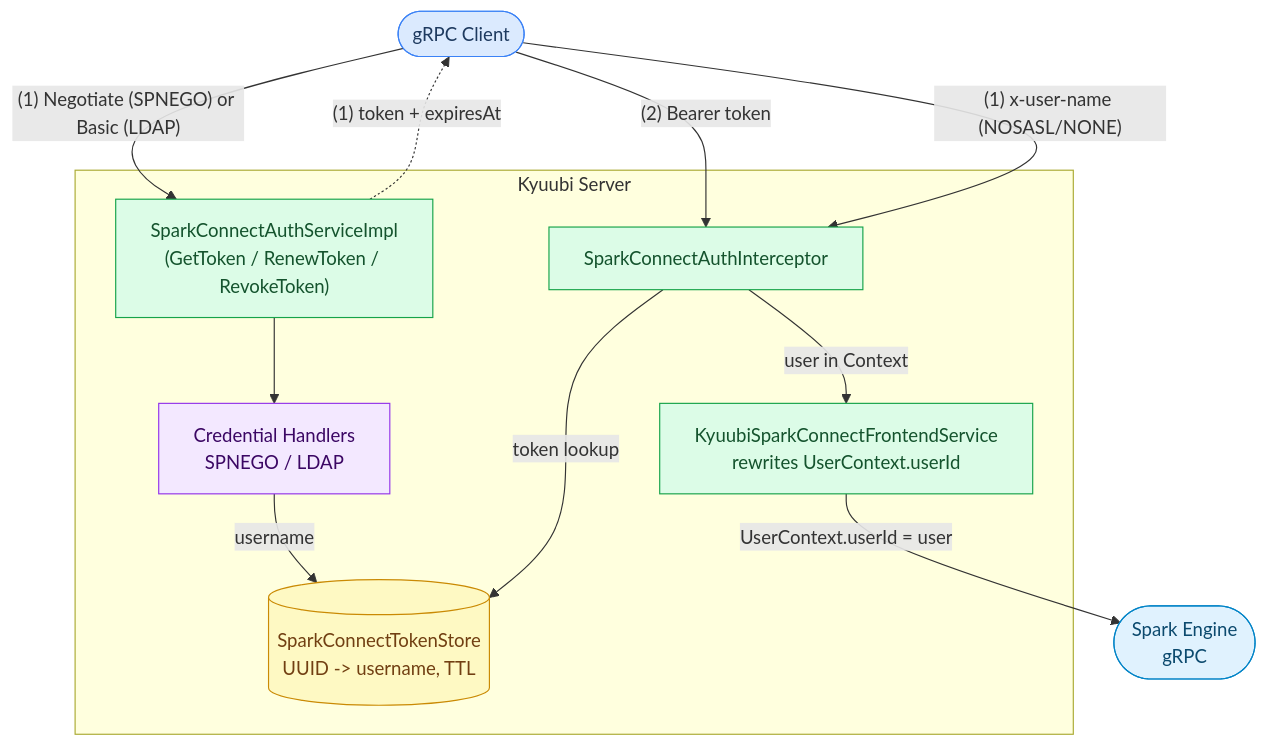
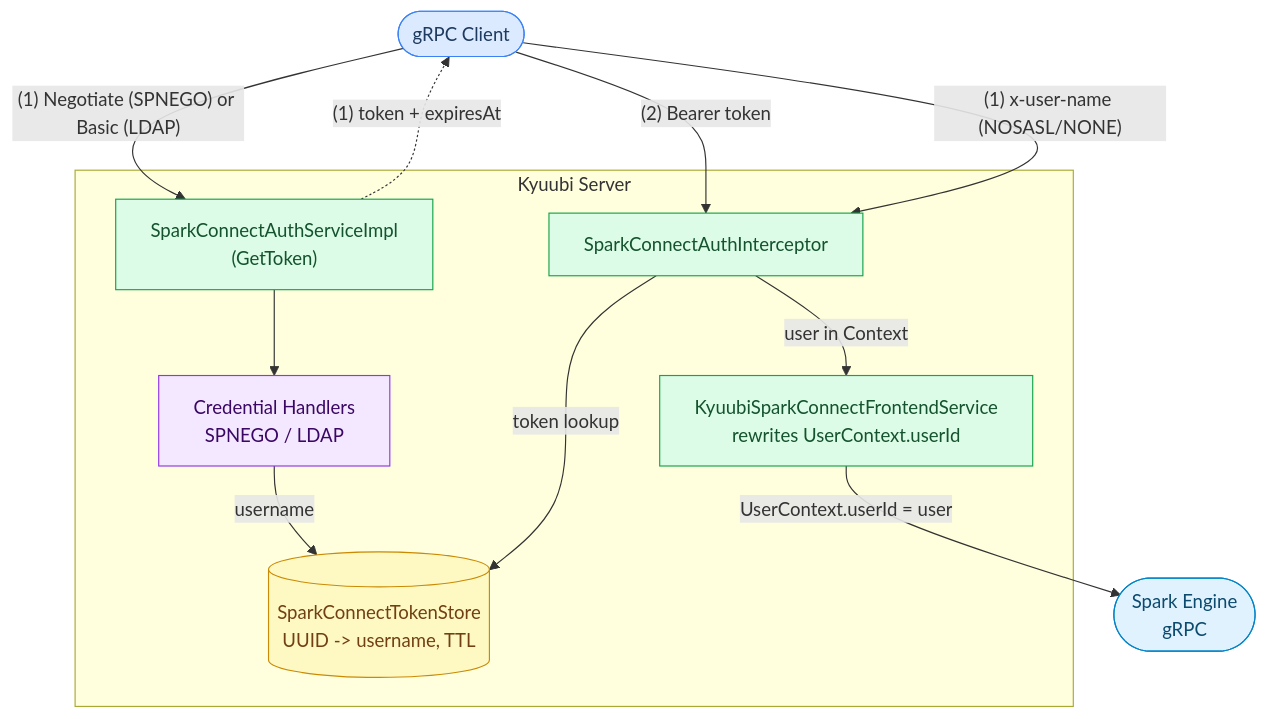
One commit to arenadata/kyuubi changed the diagram in docs/spark_connect/spark_connect_auth_flow.mmd. Above: the diagram before and after it, drawn with Mermaid.

Commit message:
ADH-4718: fixed spark_connect_auth_flow.mmd

```diff
--- a/docs/spark_connect/spark_connect_auth_flow.mmd
+++ b/docs/spark_connect/spark_connect_auth_flow.mmd
@@ -1,40 +1,40 @@
 flowchart TB
     Client(["gRPC Client"])
 
     subgraph KyuubiServer["Kyuubi Server"]
-        TokenService["SparkConnectAuthServiceImpl<br>(GetToken / RenewToken / RevokeToken)"]
+        TokenService["SparkConnectAuthServiceImpl<br>(GetToken)"]
         CredHandlers["Credential Handlers<br>SPNEGO / LDAP"]
         TokenStore[("SparkConnectTokenStore<br>UUID -> username, TTL")]
         Interceptor["SparkConnectAuthInterceptor"]
         Proxy["KyuubiSparkConnectFrontendService<br>rewrites UserContext.userId"]
     end
 
     Engine(["Spark Engine<br>gRPC"])
 
     Client -- "(1) Negotiate (SPNEGO) or Basic (LDAP)" --> TokenService
     TokenService --> CredHandlers
     CredHandlers -- "username" --> TokenStore
     TokenService -. "(1) token + expiresAt" .-> Client
 
     Client ~~~ TokenService
     Client ~~~ Interceptor
 
     Client -- "(2) Bearer token" --> Interceptor
     Client -- "(1) x-user-name (NOSASL/NONE)" --> Interceptor
     Interceptor -- "token lookup" --> TokenStore
     Interceptor -- "user in Context" --> Proxy
     Proxy -- "UserContext.userId = user" --> Engine
 
     Client:::client
     TokenService:::frontend
     CredHandlers:::core
     TokenStore:::store
     Interceptor:::frontend
     Proxy:::frontend
     Engine:::engine
 
     classDef client    fill:#dbeafe,stroke:#3b82f6,color:#1e3a5f
     classDef frontend  fill:#dcfce7,stroke:#16a34a,color:#14532d
     classDef core      fill:#f3e8ff,stroke:#9333ea,color:#3b0764
     classDef engine    fill:#e0f2fe,stroke:#0284c7,color:#0c4a6e
     classDef store     fill:#fef9c3,stroke:#ca8a04,color:#713f12
```
